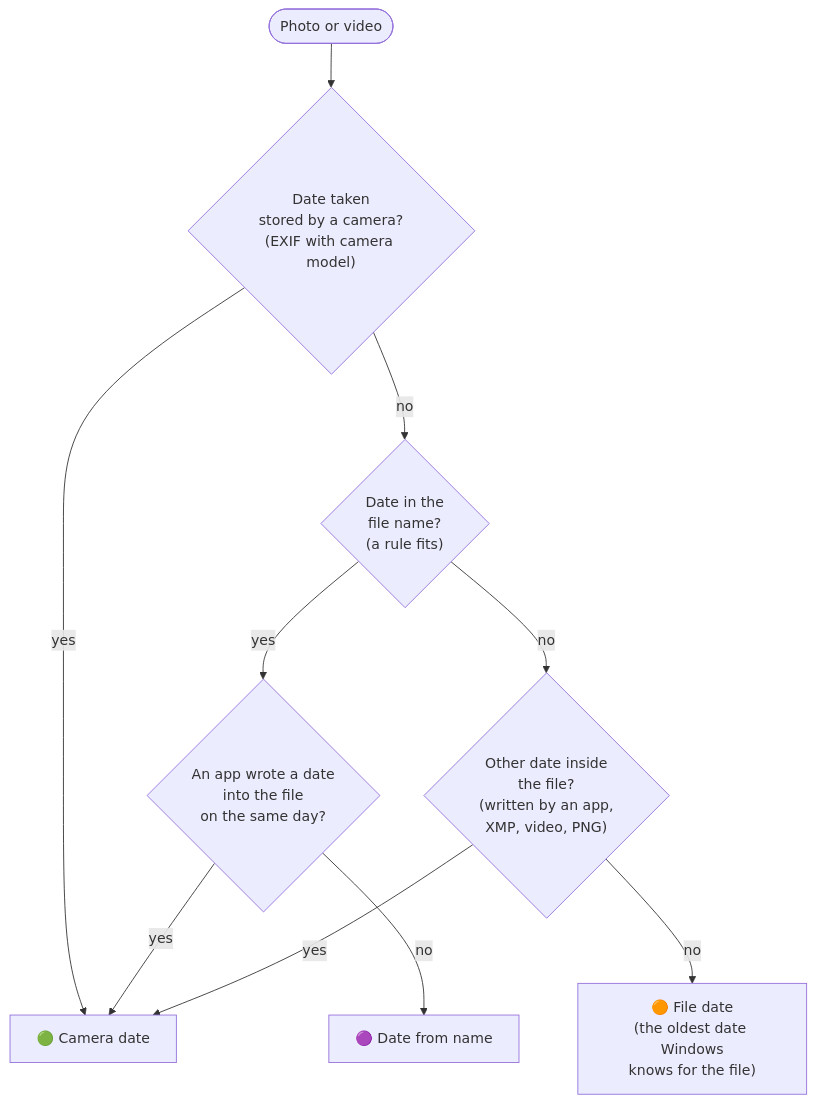
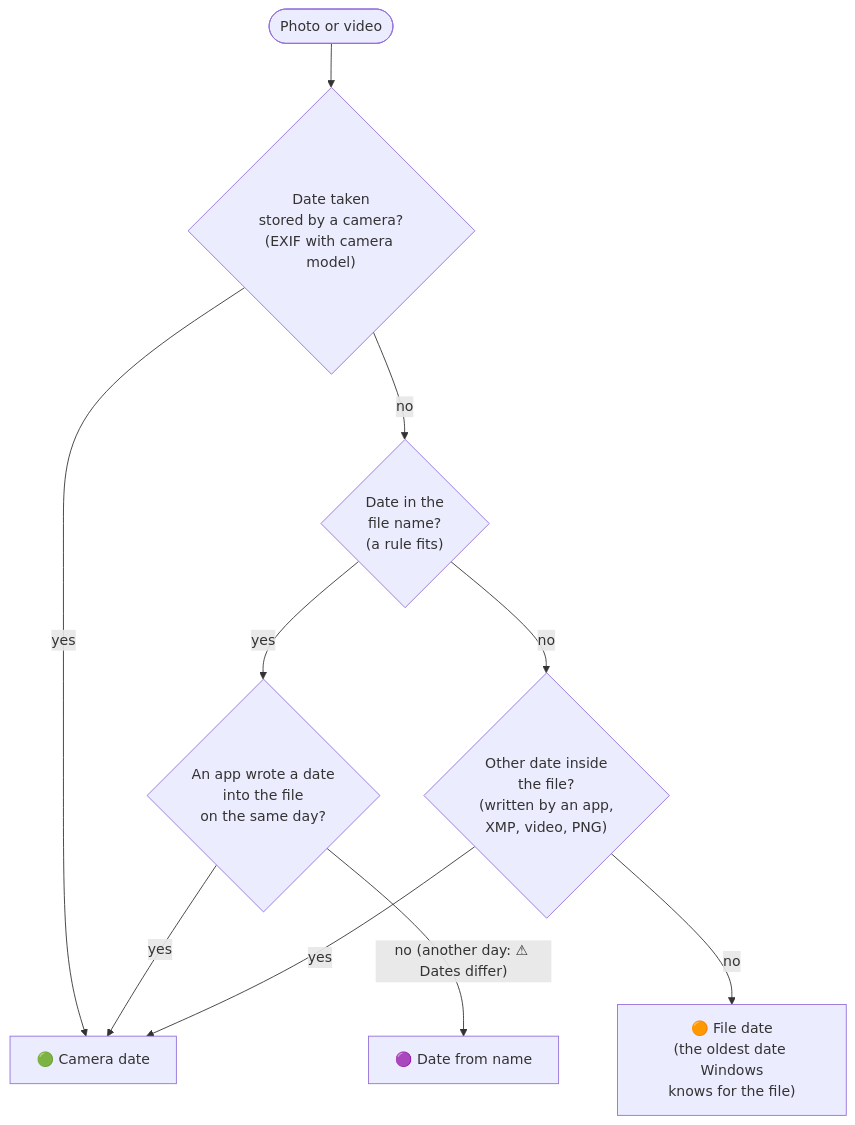
One commit to jannikjordan/snapdate changed the second of 2 diagrams in docs/user-guide.en.md. Above: the diagram before and after it, drawn with Mermaid. The commit also changed other lines of this file and 2 other files, not shown here.

First line of the commit message:
docs: polish dates-from-names wording in guides and changelog

````diff
--- a/docs/user-guide.en.md
+++ b/docs/user-guide.en.md
@@ -218,12 +218,12 @@
 ```mermaid
 flowchart TD
     S([Photo or video]) --> A{"Date taken<br/>stored by a camera?<br/>(EXIF with camera model)"}
     A -- yes --> OK["🟢 Camera date"]
     A -- no --> N{"Date in the<br/>file name?<br/>(a rule fits)"}
     N -- yes --> C{"An app wrote a date<br/>into the file<br/>on the same day?"}
     C -- yes --> OK
-    C -- no --> NM["🟣 Date from name"]
+    C -- "no (another day: ⚠ Dates differ)" --> NM["🟣 Date from name"]
     N -- no --> B{"Other date inside<br/>the file?<br/>(written by an app,<br/>XMP, video, PNG)"}
     B -- yes --> OK
     B -- no --> F["🟠 File date<br/>(the oldest date Windows<br/>knows for the file)"]
 ```
````
